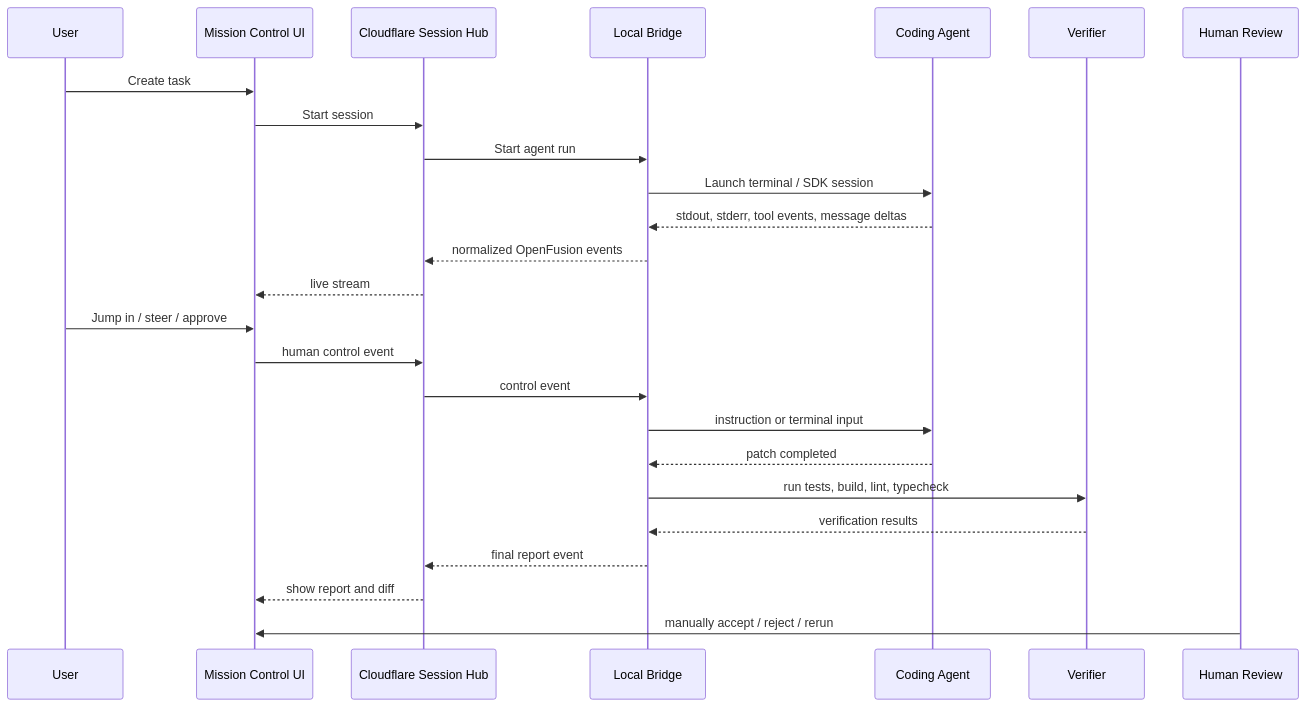
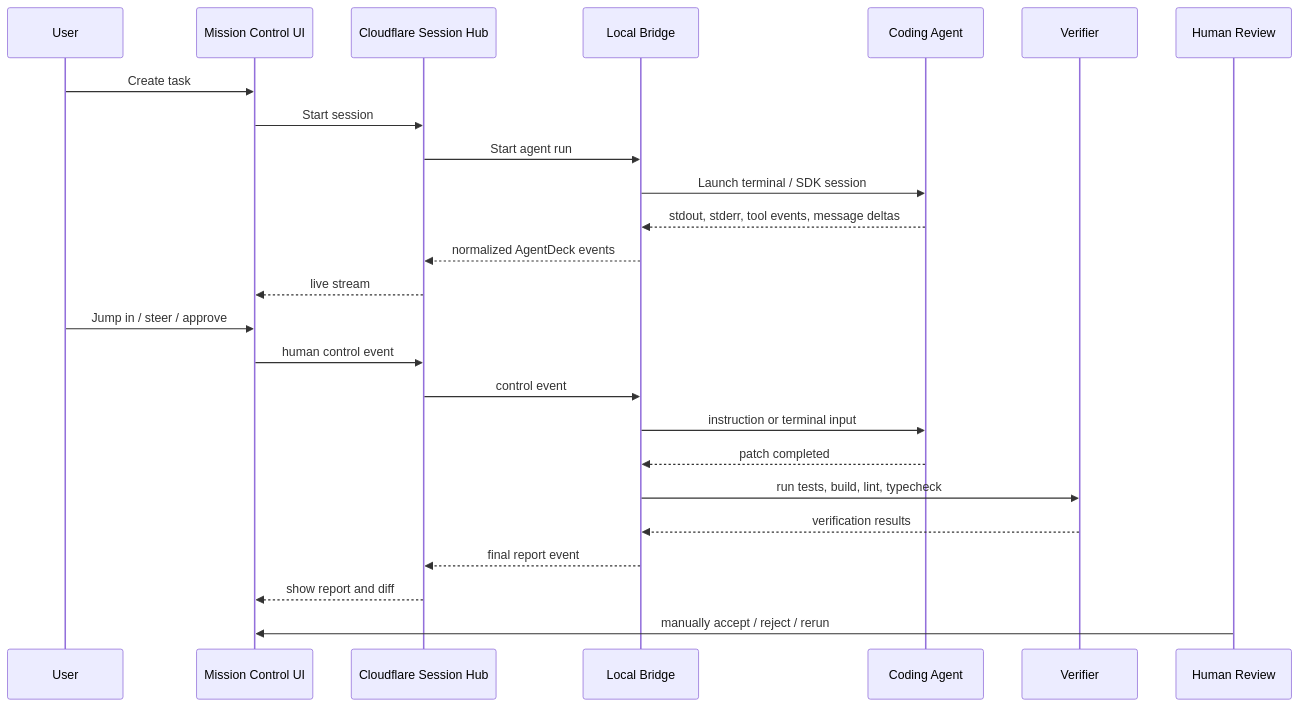
Before and after one commit to itsVijayCoder/agentDeck: the ninth of 23 diagrams in Docs/PRODUCT_EXPLAINER_WITH_DIAGRAM.md, drawn with Mermaid. The commit also changed other lines of this file and 86 other files, not shown here.

First line of the commit message:
refactor: rename project from openfusion to AgentDeck

````diff
--- a/Docs/PRODUCT_EXPLAINER_WITH_DIAGRAM.md
+++ b/Docs/PRODUCT_EXPLAINER_WITH_DIAGRAM.md
@@ -550,30 +550,30 @@
 ```mermaid
 sequenceDiagram
     participant User
     participant UI as Mission Control UI
     participant Hub as Cloudflare Session Hub
     participant Bridge as Local Bridge
     participant Agent as Coding Agent
     participant Verifier as Verifier
     participant Human as Human Review
 
     User->>UI: Create task
     UI->>Hub: Start session
     Hub->>Bridge: Start agent run
     Bridge->>Agent: Launch terminal / SDK session
     Agent-->>Bridge: stdout, stderr, tool events, message deltas
-    Bridge-->>Hub: normalized OpenFusion events
+    Bridge-->>Hub: normalized AgentDeck events
     Hub-->>UI: live stream
 
     User->>UI: Jump in / steer / approve
     UI->>Hub: human control event
     Hub->>Bridge: control event
     Bridge->>Agent: instruction or terminal input
 
     Agent-->>Bridge: patch completed
     Bridge->>Verifier: run tests, build, lint, typecheck
     Verifier-->>Bridge: verification results
     Bridge-->>Hub: final report event
     Hub-->>UI: show report and diff
     Human->>UI: manually accept / reject / rerun
 ```
````
